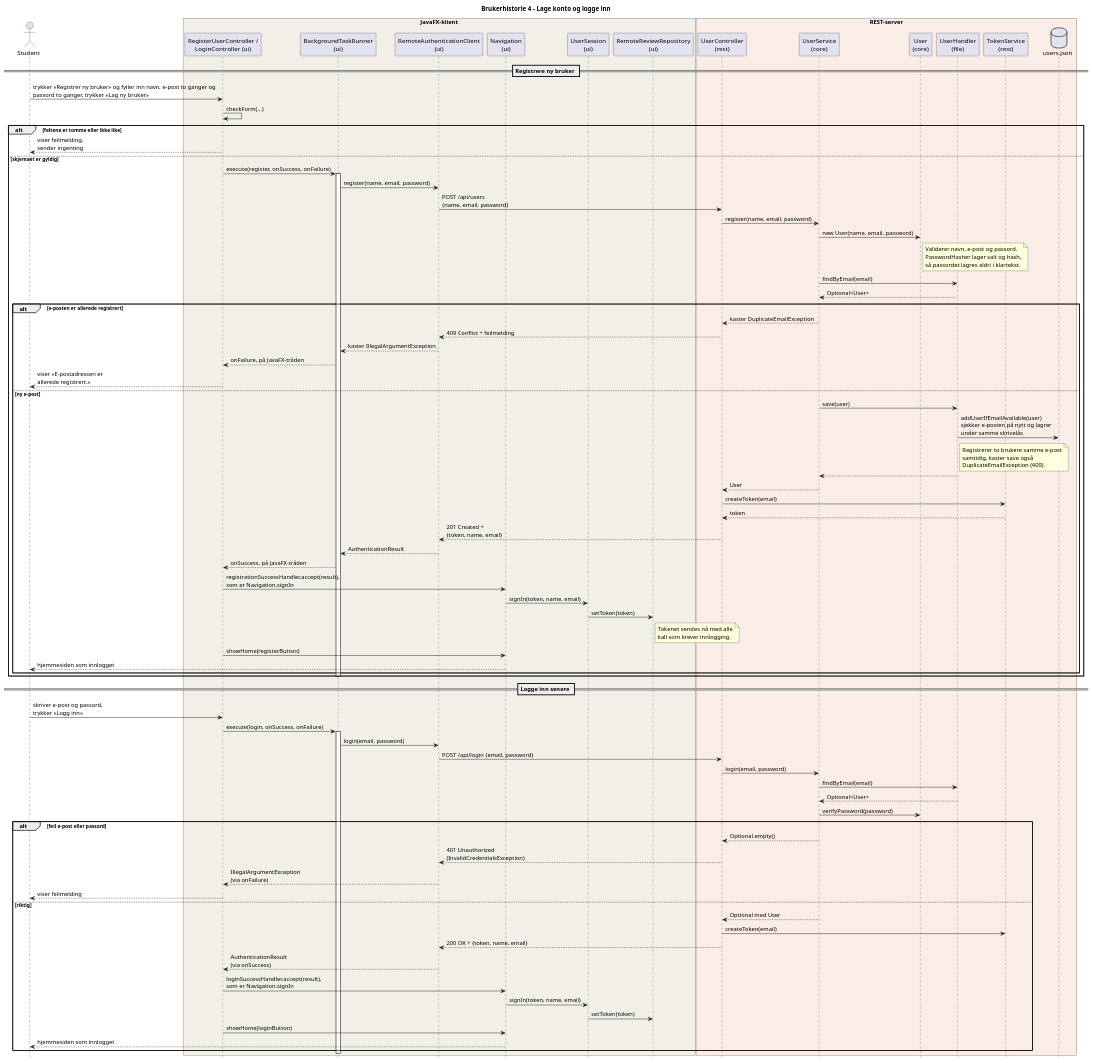
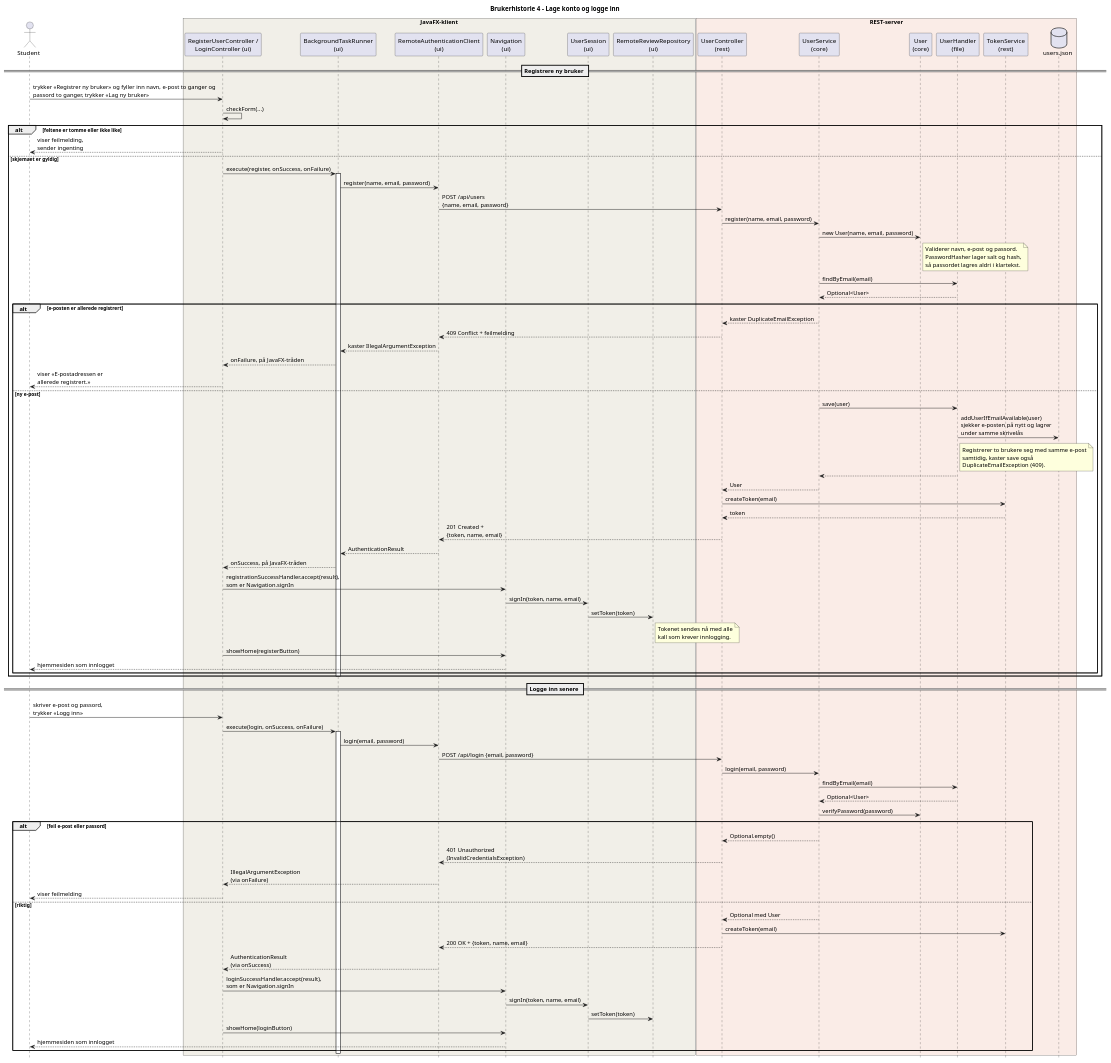
The diagram in arkitektur/brukerhistorie4Sekvensdiagram.puml (JesperBarosen/BIThub), drawn with PlantUML before and after one commit. The commit also changed 1 other file, not shown here.

Commit message:
Rett skrivefeil i notatet i sekvensdiagram 4
Notatet om samtidig registrering manglet noen ord. Det sier nå at
save også kaster DuplicateEmailException hvis to brukere registrerer
seg med samme e-post samtidig.

ref #259

```diff
--- a/arkitektur/brukerhistorie4Sekvensdiagram.puml
+++ b/arkitektur/brukerhistorie4Sekvensdiagram.puml
@@ -1,99 +1,99 @@
 @startuml brukerhistorie4Sekvensdiagram
 hide footbox
 
 title Brukerhistorie 4 - Lage konto og logge inn
 
 actor "Student" as User
 box "JavaFX-klient" #F1EFE8
 participant "RegisterUserController /\nLoginController (ui)" as FormC
 participant "BackgroundTaskRunner\n(ui)" as Runner
 participant "RemoteAuthenticationClient\n(ui)" as AuthClient
 participant "Navigation\n(ui)" as Nav
 participant "UserSession\n(ui)" as Session
 participant "RemoteReviewRepository\n(ui)" as Remote
 end box
 box "REST-server" #FAECE7
 participant "UserController\n(rest)" as UserC
 participant "UserService\n(core)" as UserS
 participant "User\n(core)" as UserModel
 participant "UserHandler\n(file)" as Handler
 participant "TokenService\n(rest)" as Tokens
 database "users.json" as File
 end box
 
 == Registrere ny bruker ==
 
 User -> FormC : trykker «Registrer ny bruker» og fyller inn navn, e-post to ganger og\npassord to ganger, trykker «Lag ny bruker»
 FormC -> FormC : checkForm(...)
 
 alt feltene er tomme eller ikke like
     FormC --> User : viser feilmelding,\nsender ingenting
 else skjemaet er gyldig
     FormC -> Runner : execute(register, onSuccess, onFailure)
     activate Runner
     Runner -> AuthClient : register(name, email, password)
     AuthClient -> UserC : POST /api/users\n{name, email, password}
     UserC -> UserS : register(name, email, password)
     UserS -> UserModel : new User(name, email, password)
     note right of UserModel : Validerer navn, e-post og passord.\nPasswordHasher lager salt og hash,\nså passordet lagres aldri i klartekst.
     UserS -> Handler : findByEmail(email)
-    Handler --> UserS : Optional<User>
+    Handler --> UserS : Optional<User>  
 
     alt e-posten er allerede registrert
         UserS --> UserC : kaster DuplicateEmailException
         UserC --> AuthClient : 409 Conflict + feilmelding
         AuthClient --> Runner : kaster IllegalArgumentException
         Runner --> FormC : onFailure, på JavaFX-tråden
         FormC --> User : viser «E-postadressen er\nallerede registrert.»
     else ny e-post
         UserS -> Handler : save(user)
         Handler -> File : addUserIfEmailAvailable(user)\nsjekker e-posten på nytt og lagrer\nunder samme skrivelås
-        note right of Handler : Registrerer to brukere samme e-post\nsamtidig, kaster save også\nDuplicateEmailException (409).
+        note right of Handler : Registrerer to brukere seg med samme e-post\nsamtidig, kaster save også\nDuplicateEmailException (409).
         Handler --> UserS
         UserS --> UserC : User
         UserC -> Tokens : createToken(email)
         Tokens --> UserC : token
         UserC --> AuthClient : 201 Created +\n{token, name, email}
         AuthClient --> Runner : AuthenticationResult
         Runner --> FormC : onSuccess, på JavaFX-tråden
         FormC -> Nav : registrationSuccessHandler.accept(result),\nsom er Navigation.signIn
         Nav -> Session : signIn(token, name, email)
         Session -> Remote : setToken(token)
         note right of Remote : Tokenet sendes nå med alle\nkall som krever innlogging.
         FormC -> Nav : showHome(registerButton)
         Nav --> User : hjemmesiden som innlogget
     end
     deactivate Runner
 end
 
 == Logge inn senere ==
 
 User -> FormC : skriver e-post og passord,\ntrykker «Logg inn»
 FormC -> Runner : execute(login, onSuccess, onFailure)
 activate Runner
 Runner -> AuthClient : login(email, password)
 AuthClient -> UserC : POST /api/login {email, password}
 UserC -> UserS : login(email, password)
 UserS -> Handler : findByEmail(email)
 Handler --> UserS : Optional<User>
 UserS -> UserModel : verifyPassword(password)
 
 alt feil e-post eller passord
     UserS --> UserC : Optional.empty()
     UserC --> AuthClient : 401 Unauthorized\n(InvalidCredentialsException)
     AuthClient --> FormC : IllegalArgumentException\n(via onFailure)
     FormC --> User : viser feilmelding
 else riktig
     UserS --> UserC : Optional med User
     UserC -> Tokens : createToken(email)
     UserC --> AuthClient : 200 OK + {token, name, email}
     AuthClient --> FormC : AuthenticationResult\n(via onSuccess)
     FormC -> Nav : loginSuccessHandler.accept(result),\nsom er Navigation.signIn
     Nav -> Session : signIn(token, name, email)
     Session -> Remote : setToken(token)
     FormC -> Nav : showHome(loginButton)
     Nav --> User : hjemmesiden som innlogget
 end
 deactivate Runner
 
 @enduml
```
